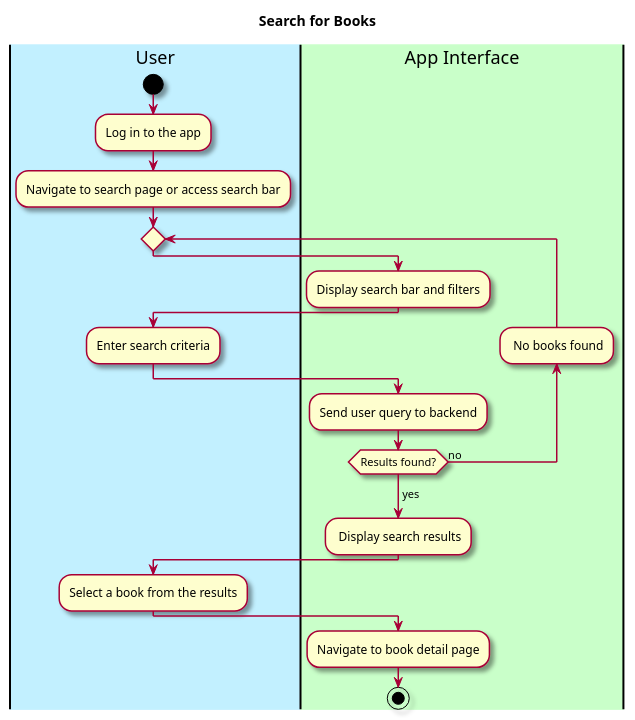
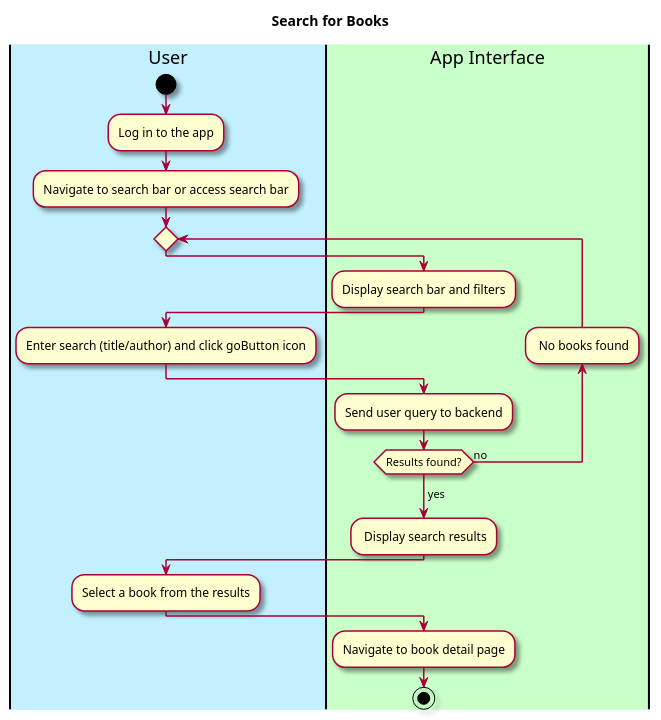
The first of 2 diagrams in intellij/doc/use-cases/search-for-books.md (Khurshid03/team-2b), drawn with PlantUML before and after one commit. The commit also changed other lines of this file and 4 other files, not shown here.

Commit message:
updates the diagrams, added a new iteration plan and finalized the READ.me file

```````diff
--- a/intellij/doc/use-cases/search-for-books.md
+++ b/intellij/doc/use-cases/search-for-books.md
@@ -37,39 +37,39 @@
 ```plantuml
 @startuml
 
 skin rose
 
 title Search for Books
 
 |#application|User|
 |#technology|App Interface|
 
 
 |User|
 start
 :Log in to the app;
-:Navigate to search page or access search bar;
+:Navigate to search bar or access search bar;
 
 repeat
 |App Interface|
 :Display search bar and filters;
 
 |User|
-:Enter search criteria;
+:Enter search (title/author) and click goButton icon;
 
 |App Interface|
 :Send user query to backend;
 
 backward: No books found;
 repeat while (Results found?) is (no)
 -> yes;
     : Display search results;
 
 |User|
 :Select a book from the results;
 |App Interface|
 :Navigate to book detail page;
 stop 
 
 @enduml
 ``````
```````
